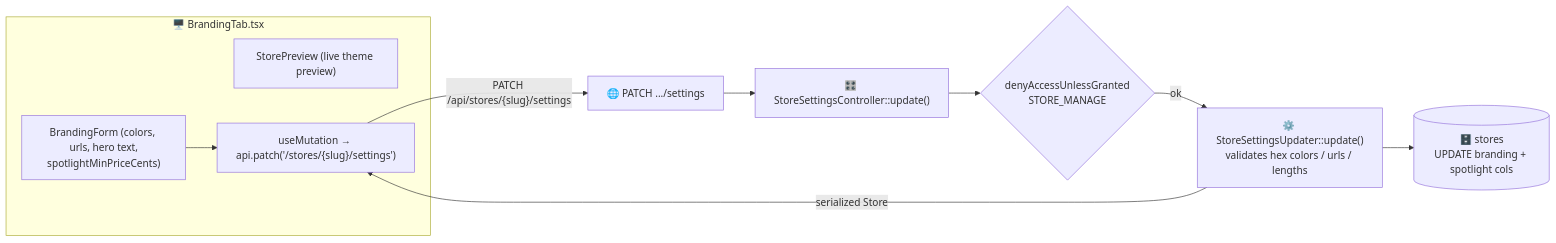
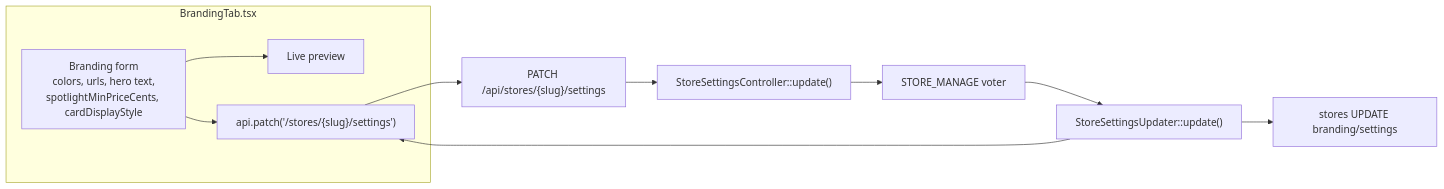
The third of 5 diagrams in architecture/stores-and-branding.md (tedy97123/store), drawn with Mermaid before and after one commit. The commit also changed other lines of this file and 43 other files, not shown here.

````diff
--- a/architecture/stores-and-branding.md
+++ b/architecture/stores-and-branding.md
@@ -65,14 +74,16 @@
 ```mermaid
 flowchart LR
-    subgraph FE["🖥️ BrandingTab.tsx"]
-        form["BrandingForm (colors, urls, hero text,<br/>spotlightMinPriceCents)"]
-        prev["StorePreview (live theme preview)"]
-        mut["useMutation → api.patch('/stores/{slug}/settings')"]
+    subgraph FE["BrandingTab.tsx"]
+        form["Branding form<br/>colors, urls, hero text,<br/>spotlightMinPriceCents, cardDisplayStyle"]
+        preview["Live preview"]
+        mut["api.patch('/stores/{slug}/settings')"]
     end
-    form --> mut -->|"PATCH /api/stores/{slug}/settings"| rt["🌐 PATCH .../settings"]
-    rt --> c["🎛️ StoreSettingsController::update()"]
-    c --> g{"denyAccessUnlessGranted<br/>STORE_MANAGE"}
-    g -->|ok| upd["⚙️ StoreSettingsUpdater::update()<br/>validates hex colors / urls / lengths"]
-    upd --> db[("🗄️ stores<br/>UPDATE branding + spotlight cols")]
-    upd -->|"serialized Store"| mut
+    form --> mut
+    mut --> rt["PATCH /api/stores/{slug}/settings"]
+    rt --> ctl["StoreSettingsController::update()"]
+    ctl --> voter["STORE_MANAGE voter"]
+    voter --> updater["StoreSettingsUpdater::update()"]
+    updater --> db["stores UPDATE branding/settings"]
+    updater --> mut
+    form --> preview
 ```
````
